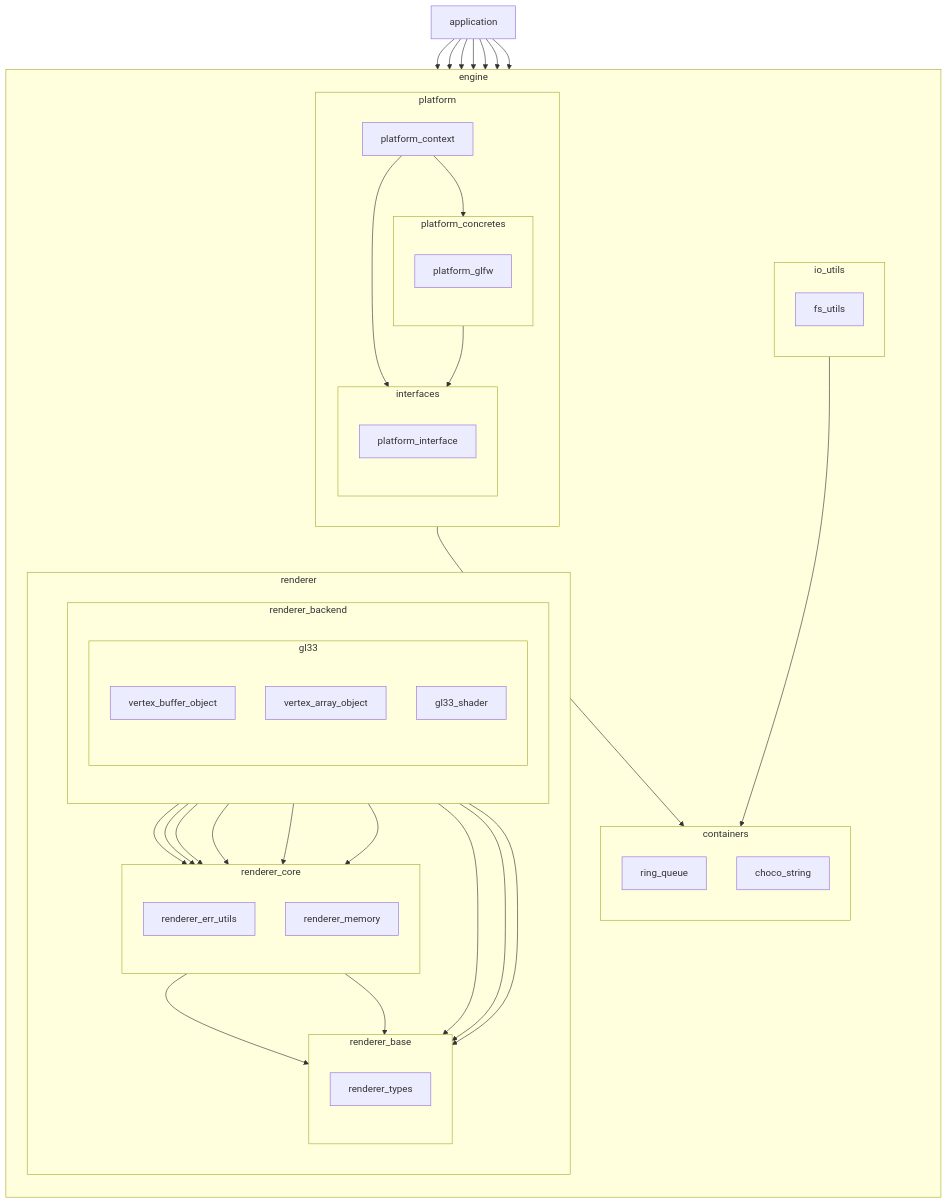
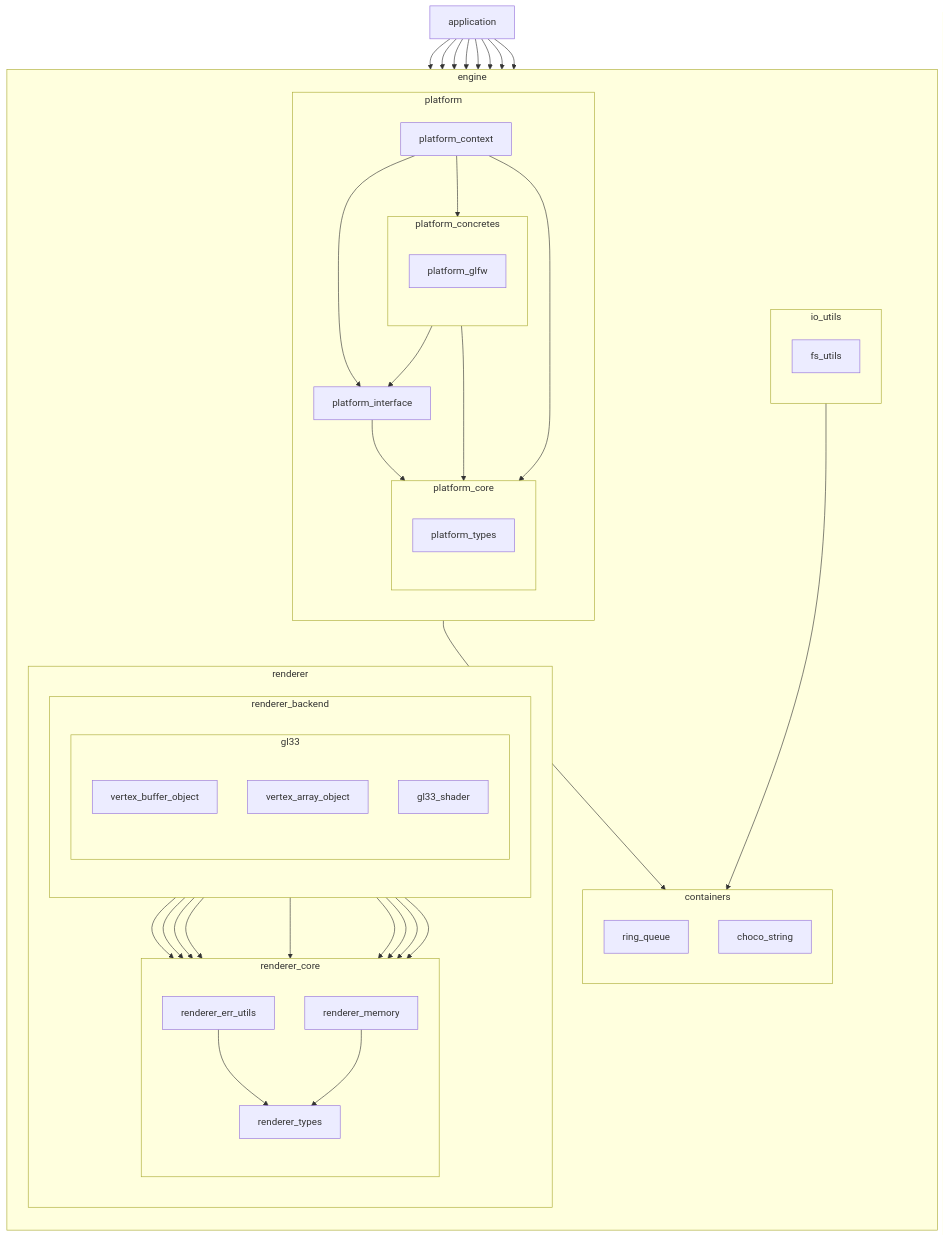
Before and after one commit to chocolate-pie24/gl_choco_engine: the second of 4 diagrams in docs/layer.md, drawn with Mermaid. The commit also changed other lines of this file and 1 other file, not shown here.

````diff
--- a/docs/layer.md
+++ b/docs/layer.md
@@ -80,78 +74,81 @@
 ```mermaid
 graph TD
   APPLICATION[application]
   APPLICATION --> RING_QUEUE
   APPLICATION --> FS_UTILS
   APPLICATION --> PLATFORM_CONTEXT
   APPLICATION --> RENDERER_TYPES
   APPLICATION --> VERTEX_BUFFER_OBJECT
   APPLICATION --> VERTEX_ARRAY_OBJECT
   APPLICATION --> GL33_SHADER
+  APPLICATION --> PLATFORM_TYPES
 
   subgraph ENGINE[engine]
     direction TB
 
     subgraph CONTAINERS[containers]
       direction TB
       CHOCO_STRING[choco_string]
       RING_QUEUE[ring_queue]
     end
 
     subgraph IO_UTILS[io_utils]
       direction TB
       FS_UTILS[fs_utils]
     end
     FS_UTILS --> CHOCO_STRING
 
     subgraph PLATFORM[platform]
       PLATFORM_CONTEXT[platform_context]
+      PLATFORM_INTERFACE[platform_interface]
+
       direction TB
-      subgraph INTERFACES[interfaces]
+      subgraph PLATFORM_CORE[platform_core]
         direction TB
-        PLATFORM_INTERFACE[platform_interface]
+        PLATFORM_TYPES[platform_types]
       end
       subgraph PLATFORM_CONCRETES[platform_concretes]
         direction TB
         PLATFORM_GLFW[platform_glfw]
       end
     end
+    PLATFORM_INTERFACE --> PLATFORM_TYPES
     PLATFORM_GLFW --> PLATFORM_INTERFACE
     PLATFORM_GLFW --> CHOCO_STRING
+    PLATFORM_GLFW --> PLATFORM_TYPES
     PLATFORM_CONTEXT --> PLATFORM_INTERFACE
     PLATFORM_CONTEXT --> PLATFORM_GLFW
+    PLATFORM_CONTEXT --> PLATFORM_TYPES
 
     subgraph RENDERER[renderer]
       direction TB
       subgraph RENDERER_BACKEND[renderer_backend]
         direction TB
         subgraph GL33[gl33]
           direction TB
           GL33_SHADER[gl33_shader]
           VERTEX_ARRAY_OBJECT[vertex_array_object]
           VERTEX_BUFFER_OBJECT[vertex_buffer_object]
         end
       end
-      subgraph RENDERER_BASE[renderer_base]
-        direction TB
-        RENDERER_TYPES[renderer_types]
-      end
       subgraph RENDERER_CORE[renderer_core]
         direction TB
         RENDERER_ERR_UTILS[renderer_err_utils]
         RENDERER_MEMORY[renderer_memory]
+        RENDERER_TYPES[renderer_types]
       end
     end
     GL33_SHADER --> RENDERER_TYPES
     GL33_SHADER --> RENDERER_MEMORY
     GL33_SHADER --> RENDERER_ERR_UTILS
 
     VERTEX_ARRAY_OBJECT --> RENDERER_TYPES
     VERTEX_ARRAY_OBJECT --> RENDERER_ERR_UTILS
     VERTEX_ARRAY_OBJECT --> RENDERER_MEMORY
     VERTEX_BUFFER_OBJECT --> RENDERER_TYPES
     VERTEX_BUFFER_OBJECT --> RENDERER_ERR_UTILS
     VERTEX_BUFFER_OBJECT --> RENDERER_MEMORY
     RENDERER_ERR_UTILS --> RENDERER_TYPES
     RENDERER_MEMORY --> RENDERER_TYPES
   end
 ```
````
